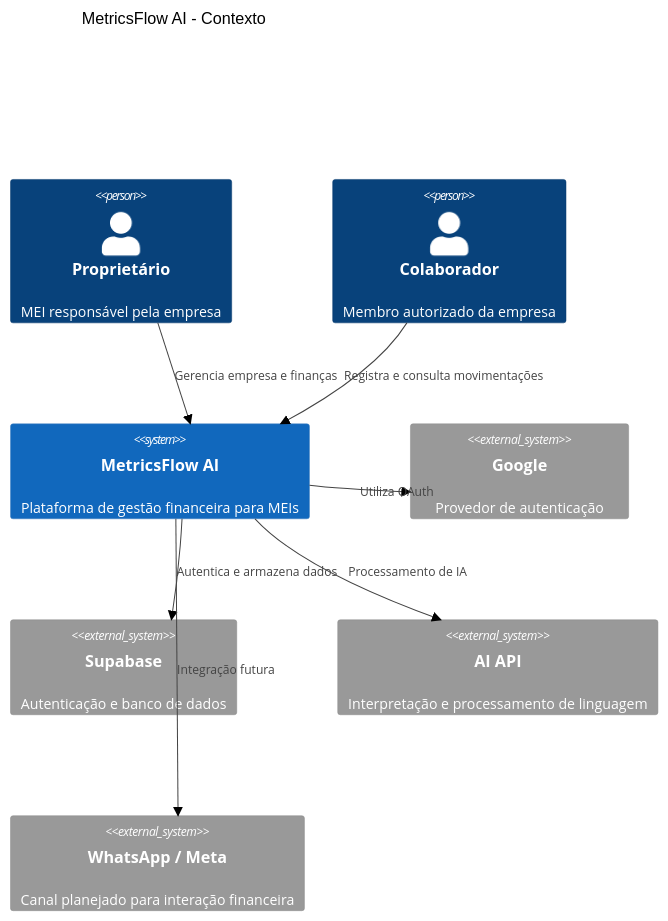
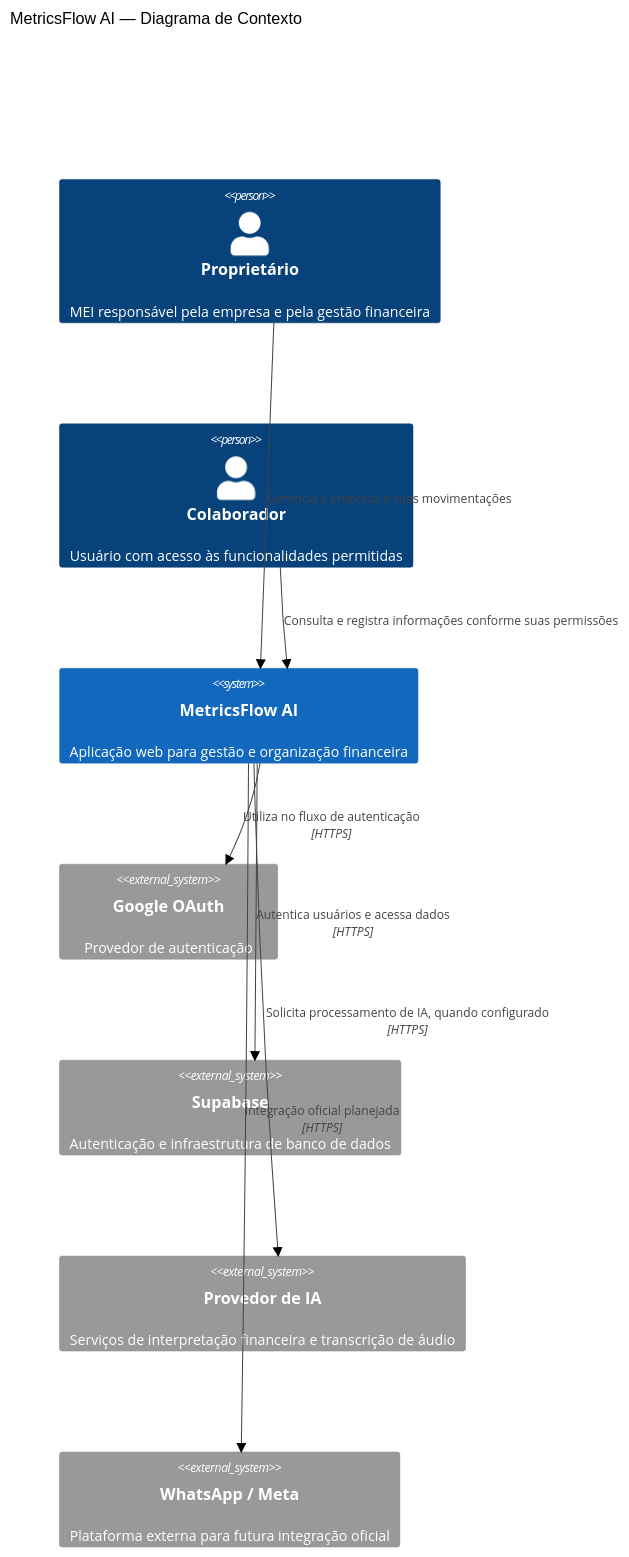
One commit to Rayck4dev/MetricsFlow_AI changed the first of 10 diagrams in docs/diagramas/c4.md. Above: the diagram before and after it, drawn with Mermaid (forest theme). The commit also changed other lines of this file and 14 other files, not shown here.

````diff
--- a/docs/diagramas/c4.md
+++ b/docs/diagramas/c4.md
@@ -9,23 +21,22 @@
 ```mermaid
 C4Context
+    title MetricsFlow AI — Diagrama de Contexto
 
-    title MetricsFlow AI - Contexto
+    Person(owner, "Proprietário", "MEI responsável pela empresa e pela gestão financeira")
+    Person(collaborator, "Colaborador", "Usuário com acesso às funcionalidades permitidas")
 
-    Person(owner, "Proprietário", "MEI responsável pela empresa")
-    Person(collaborator, "Colaborador", "Membro autorizado da empresa")
+    System(metricsflow, "MetricsFlow AI", "Aplicação web para gestão e organização financeira")
 
-    System(metricsflow, "MetricsFlow AI", "Plataforma de gestão financeira para MEIs")
+    System_Ext(google, "Google OAuth", "Provedor de autenticação")
+    System_Ext(supabase, "Supabase", "Autenticação e infraestrutura de banco de dados")
+    System_Ext(ai_provider, "Provedor de IA", "Serviços de interpretação financeira e transcrição de áudio")
+    System_Ext(meta, "WhatsApp / Meta", "Plataforma externa para futura integração oficial")
 
-    System_Ext(google, "Google", "Provedor de autenticação")
-    System_Ext(supabase, "Supabase", "Autenticação e banco de dados")
-    System_Ext(openai, "AI API", "Interpretação e processamento de linguagem")
-    System_Ext(whatsapp, "WhatsApp / Meta", "Canal planejado para interação financeira")
+    Rel(owner, metricsflow, "Gerencia a empresa e suas movimentações")
+    Rel(collaborator, metricsflow, "Consulta e registra informações conforme suas permissões")
 
-    Rel(owner, metricsflow, "Gerencia empresa e finanças")
-    Rel(collaborator, metricsflow, "Registra e consulta movimentações")
-
-    Rel(metricsflow, google, "Utiliza OAuth")
-    Rel(metricsflow, supabase, "Autentica e armazena dados")
-    Rel(metricsflow, openai, "Processamento de IA")
-    Rel(metricsflow, whatsapp, "Integração futura")
+    Rel(metricsflow, google, "Utiliza no fluxo de autenticação", "HTTPS")
+    Rel(metricsflow, supabase, "Autentica usuários e acessa dados", "HTTPS")
+    Rel(metricsflow, ai_provider, "Solicita processamento de IA, quando configurado", "HTTPS")
+    Rel(metricsflow, meta, "Integração oficial planejada", "HTTPS")
 ```
````
